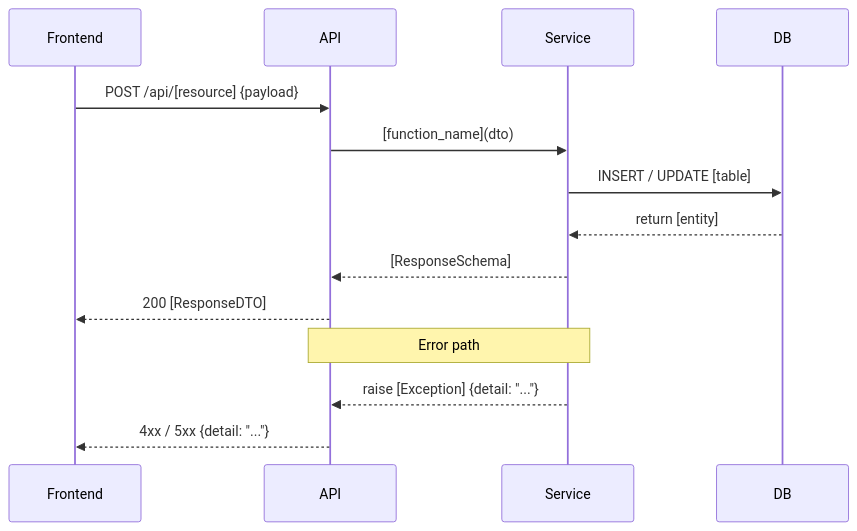
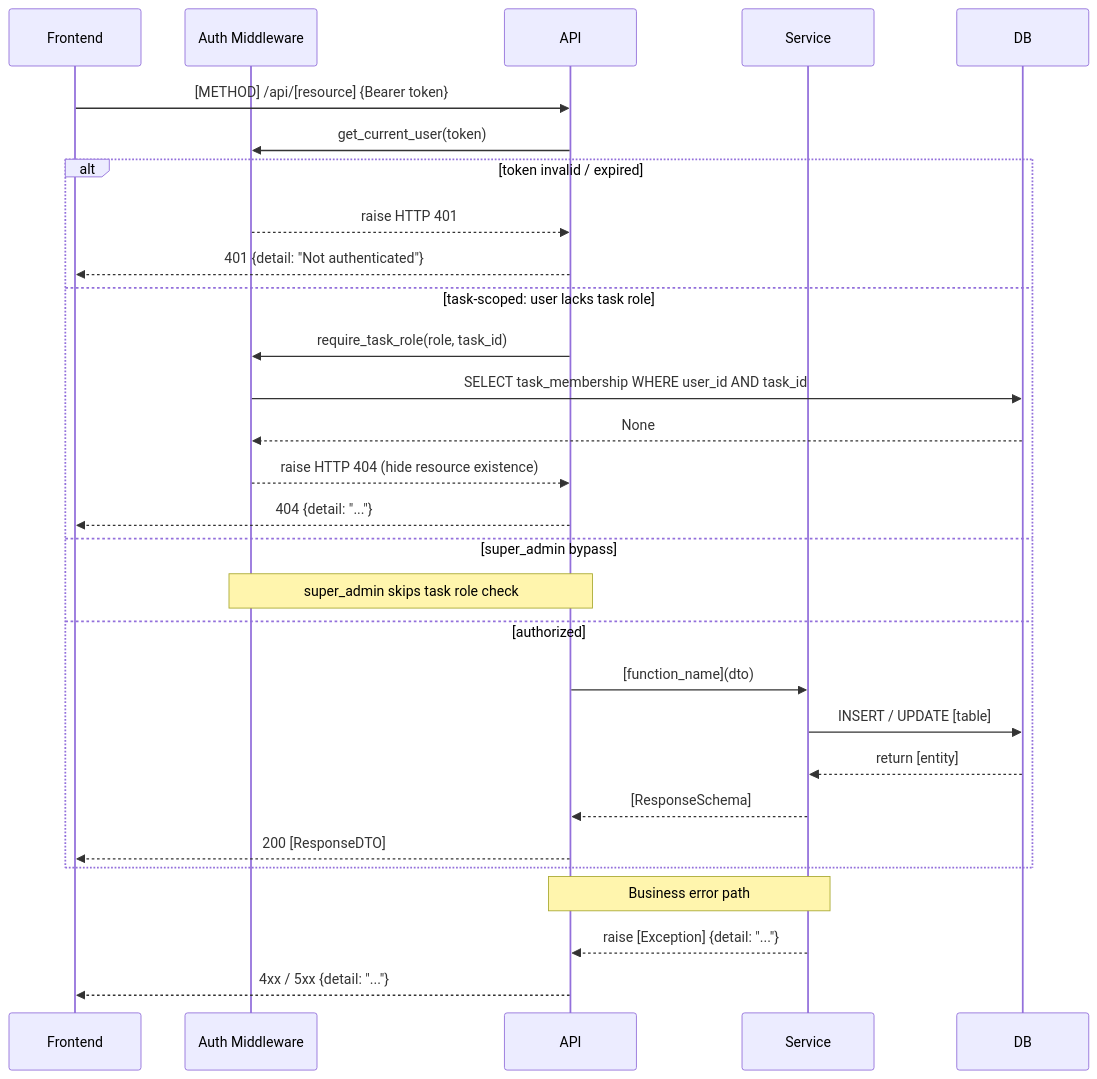
One commit to singyichen/label-suite changed the first of 2 diagrams in .specify/templates/plan-template.md. Above: the diagram before and after it, drawn with Mermaid. The commit also changed other lines of this file, not shown here.

First line of the commit message:
docs: add developer-oriented flow diagrams to plan-template v1.10.0

````diff
--- a/.specify/templates/plan-template.md
+++ b/.specify/templates/plan-template.md
@@ -100,18 +100,33 @@
 ```mermaid
 sequenceDiagram
     participant Frontend
+    participant Auth as Auth Middleware
     participant API
     participant Service
     participant DB
 
-    Frontend->>API: POST /api/[resource] {payload}
-    API->>Service: [function_name](dto)
-    Service->>DB: INSERT / UPDATE [table]
-    DB-->>Service: return [entity]
-    Service-->>API: [ResponseSchema]
-    API-->>Frontend: 200 [ResponseDTO]
+    Frontend->>API: [METHOD] /api/[resource] {Bearer token}
+    API->>Auth: get_current_user(token)
+    alt token invalid / expired
+        Auth-->>API: raise HTTP 401
+        API-->>Frontend: 401 {detail: "Not authenticated"}
+    else task-scoped: user lacks task role
+        API->>Auth: require_task_role(role, task_id)
+        Auth->>DB: SELECT task_membership WHERE user_id AND task_id
+        DB-->>Auth: None
+        Auth-->>API: raise HTTP 404 (hide resource existence)
+        API-->>Frontend: 404 {detail: "..."}
+    else super_admin bypass
+        Note over API,Auth: super_admin skips task role check
+    else authorized
+        API->>Service: [function_name](dto)
+        Service->>DB: INSERT / UPDATE [table]
+        DB-->>Service: return [entity]
+        Service-->>API: [ResponseSchema]
+        API-->>Frontend: 200 [ResponseDTO]
+    end
 
-    Note over Service,API: Error path
+    Note over Service,API: Business error path
     Service-->>API: raise [Exception] {detail: "..."}
     API-->>Frontend: 4xx / 5xx {detail: "..."}
 ```
````
